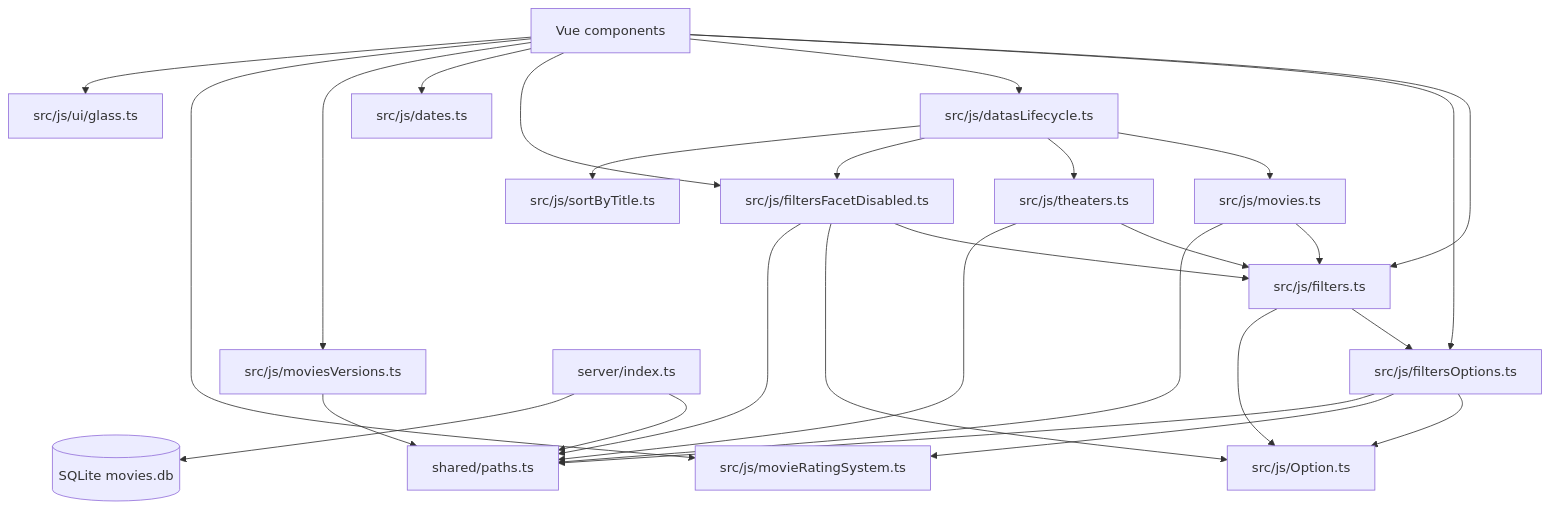
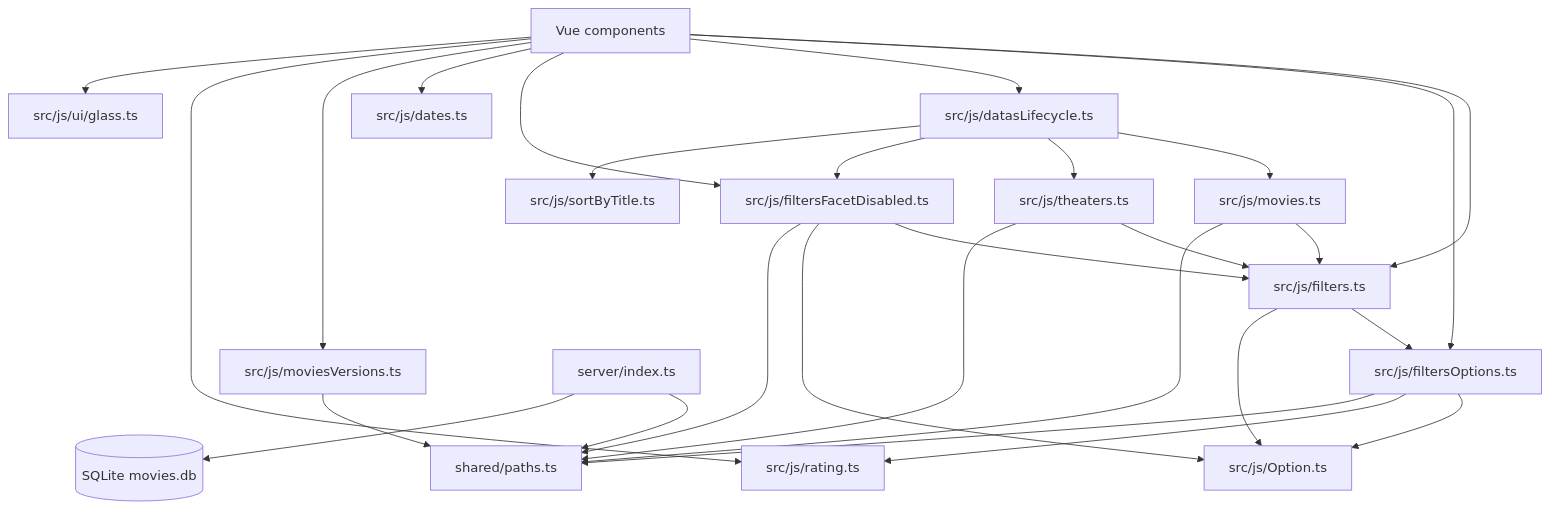
Before and after one commit to CUTFYSH1101/movie-notify: the diagram in docs/dependency-map.md, drawn with Mermaid. The commit also changed other lines of this file and 20 other files, not shown here.

````diff
--- a/docs/dependency-map.md
+++ b/docs/dependency-map.md
@@ -7,30 +7,30 @@
 ```mermaid
 flowchart TD
   UI[Vue components] --> Filters[src/js/filters.ts]
   UI --> Options[src/js/filtersOptions.ts]
   UI --> Lifecycle[src/js/datasLifecycle.ts]
   UI --> Facets[src/js/filtersFacetDisabled.ts]
   UI --> Dates[src/js/dates.ts]
   UI --> Showings[src/js/moviesVersions.ts]
-  UI --> Rating[src/js/movieRatingSystem.ts]
+  UI --> Rating[src/js/rating.ts]
   UI --> Glass[src/js/ui/glass.ts]
   Lifecycle --> Movies[src/js/movies.ts]
   Lifecycle --> Theaters[src/js/theaters.ts]
   Lifecycle --> Facets
   Lifecycle --> Sort[src/js/sortByTitle.ts]
   Facets --> Filters
   Filters --> Options
   Filters --> OptionType[src/js/Option.ts]
   Facets --> OptionType
   Options --> OptionType
   Options --> Rating
   Movies --> Filters
   Theaters --> Filters
   Movies --> Paths[shared/paths.ts]
   Theaters --> Paths
   Facets --> Paths
   Options --> Paths
   Showings --> Paths
   Server[server/index.ts] --> Paths
   Server --> DB[(SQLite movies.db)]
 ```
````
